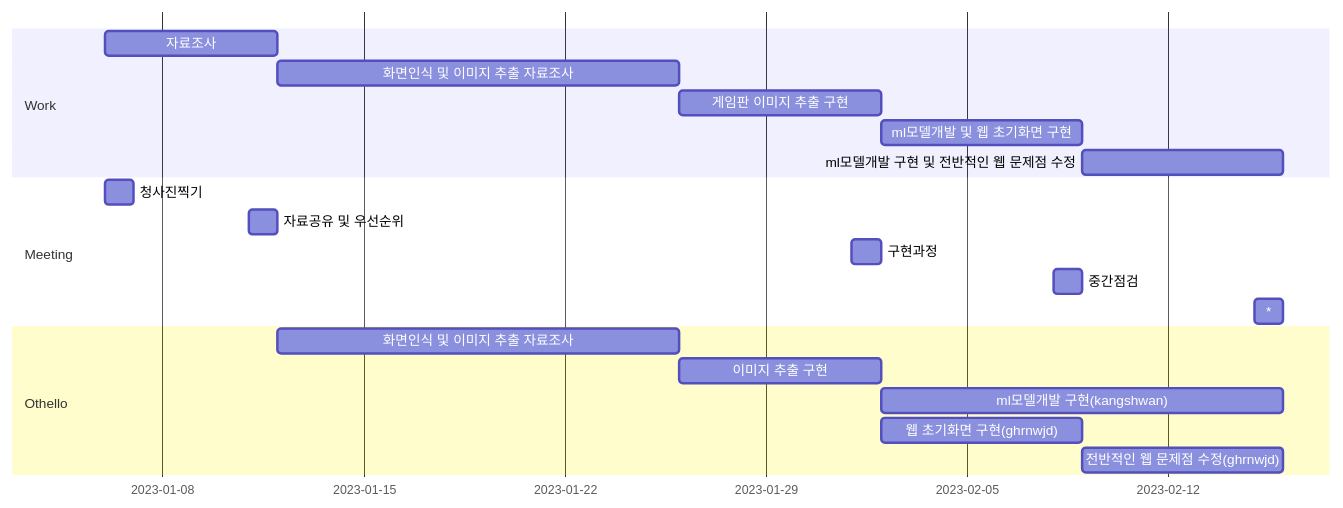
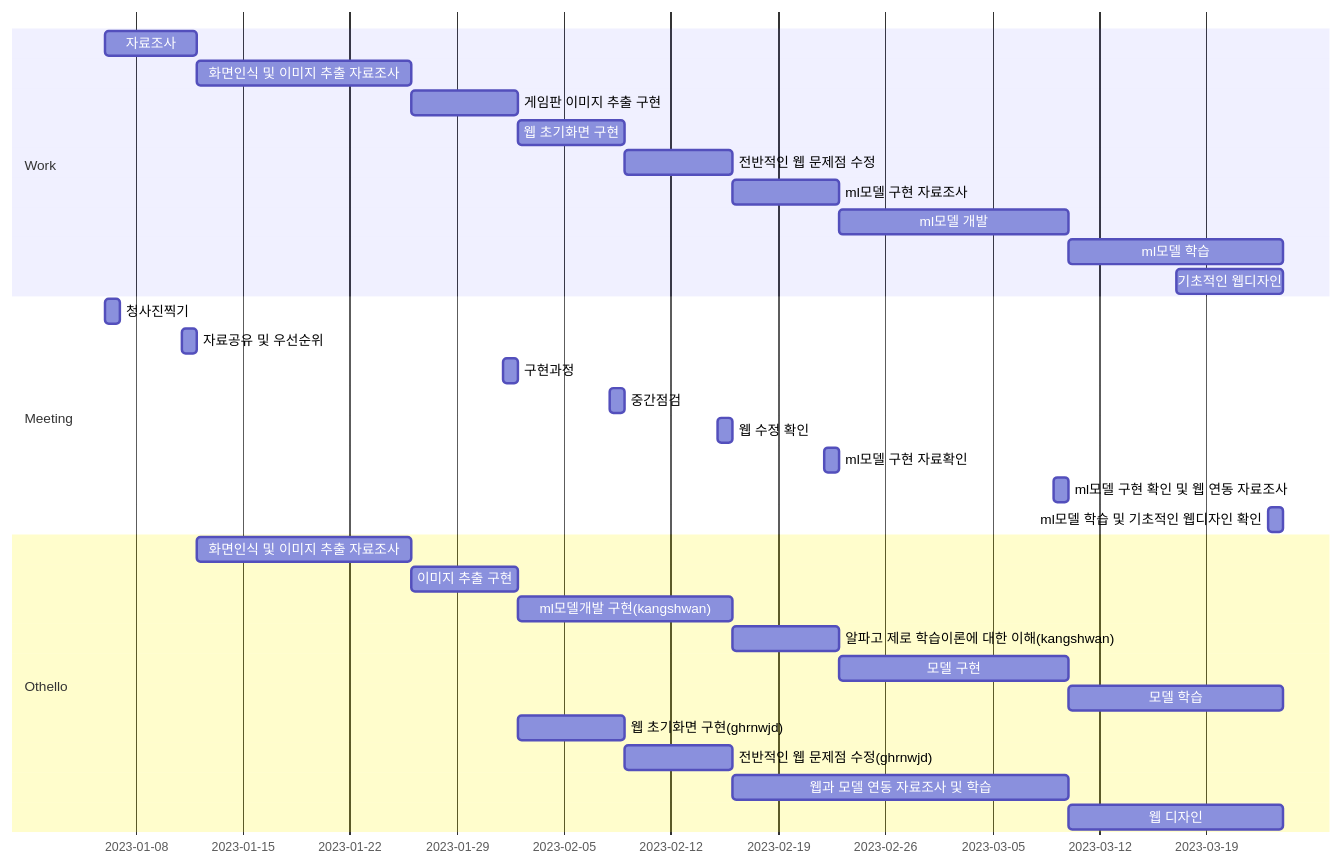
Before and after one commit to Maple1619/imageRecognizer-1: the diagram in README.md, drawn with Mermaid.

````diff
--- a/README.md
+++ b/README.md
@@ -12,25 +12,37 @@
 ```mermaid
 gantt
     dateFormat  YYYY-MM-DD
     section Work
     자료조사 : a1, 2023-01-06, 6d
     화면인식 및 이미지 추출 자료조사 : a2, after a1, 14d
     게임판 이미지 추출 구현 : a3, after a2, 7d
-    ml모델개발 및 웹 초기화면 구현:a4, after a3, 7d
-    ml모델개발 구현 및 전반적인 웹 문제점 수정:a5, after a4, 7d
+    웹 초기화면 구현:a4, after a3, 7d
+    전반적인 웹 문제점 수정:a5, after a4, 7d
+    ml모델 구현 자료조사:a6, after a5, 7d
+    ml모델 개발:a7, after a6, 15d
+    ml모델 학습:a8,after a7, 14d
+    기초적인 웹디자인:2023-03-17,7d
     
     section Meeting
     청사진찍기 :2023-01-06, 1d
     자료공유 및 우선순위 : 2023-01-11,  1d
     구현과정 : 2023-02-01, 1d
     중간점검 : 2023-02-08, 1d
-    * : 2023-02-15, 1d
+    웹 수정 확인 : 2023-02-15, 1d
+    ml모델 구현 자료확인: 2023-02-22, 1d
+    ml모델 구현 확인 및 웹 연동 자료조사: 2023-03-09, 1d
+    ml모델 학습 및 기초적인 웹디자인 확인:2023-03-23,1d
     
     section Othello
     화면인식 및 이미지 추출 자료조사 :  after a1, 14d
     이미지 추출 구현 : after a2, 7d
     ml모델개발 구현(kangshwan): b1, after a3, 14d
+    알파고 제로 학습이론에 대한 이해(kangshwan):b2, after a5, 7d
+    모델 구현: b3, after b2, 15d
+    모델 학습: b4, after b3, 14d
     웹 초기화면 구현(ghrnwjd): c1, after a3, 7d
     전반적인 웹 문제점 수정(ghrnwjd): c2, after c1, 7d
+    웹과 모델 연동 자료조사 및 학습: c3, after c2, 22d
+    웹 디자인:c4, after c3, 14d
 
 ```
````
